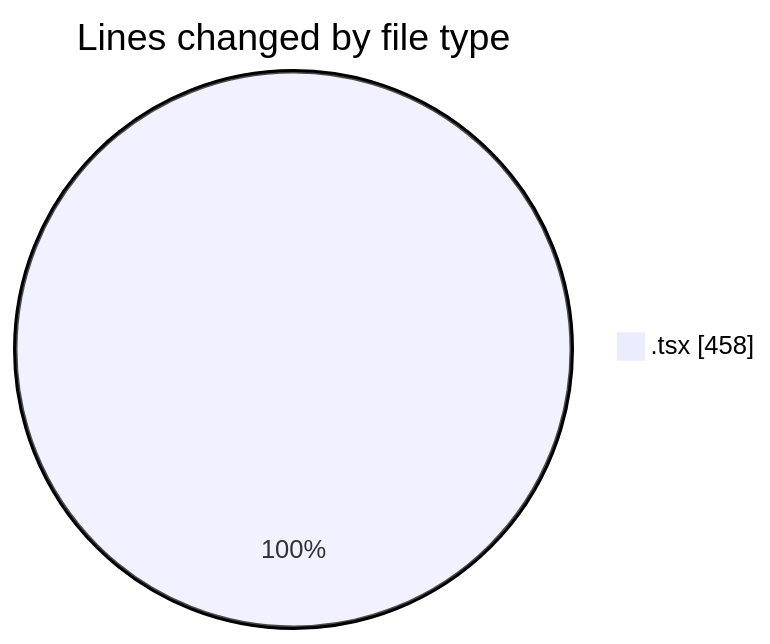
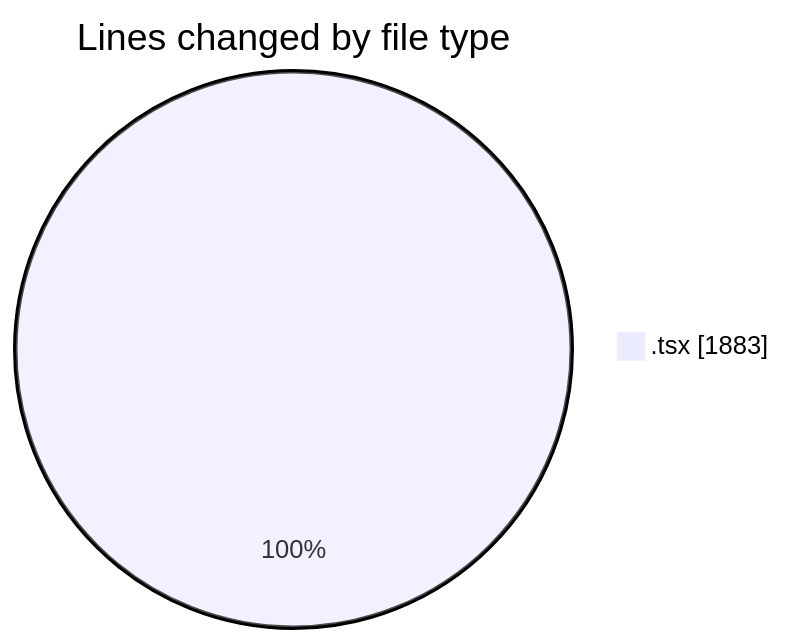
Before and after one commit to nxtqubesakshisongat/code-tracking: the first of 2 diagrams in 2026-02-09/nxtqube_webapp/README.md, drawn with Mermaid. The commit also changed other lines of this file and 1 other file, not shown here.

````diff
--- a/2026-02-09/nxtqube_webapp/README.md
+++ b/2026-02-09/nxtqube_webapp/README.md
@@ -21,5 +22,5 @@
 ```mermaid
 pie showData
 title Lines changed by file type
-".tsx" : 458
+".tsx" : 1883
 ```
````
